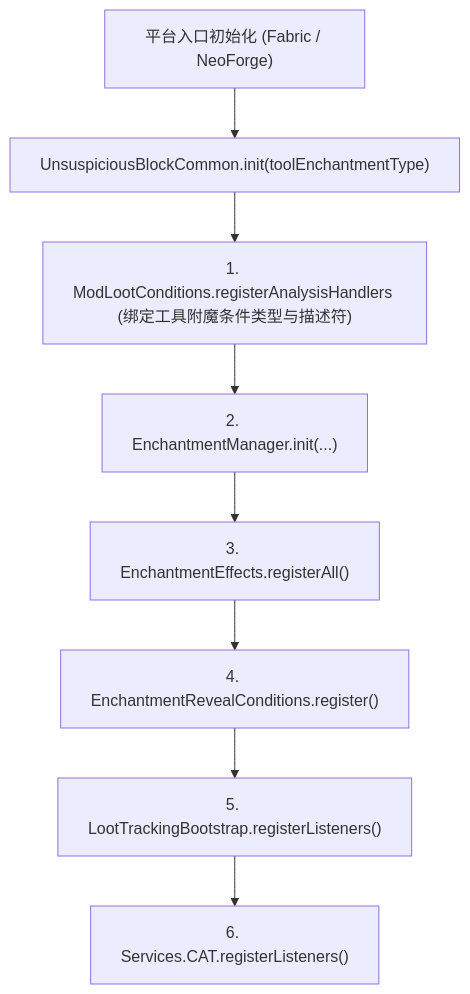
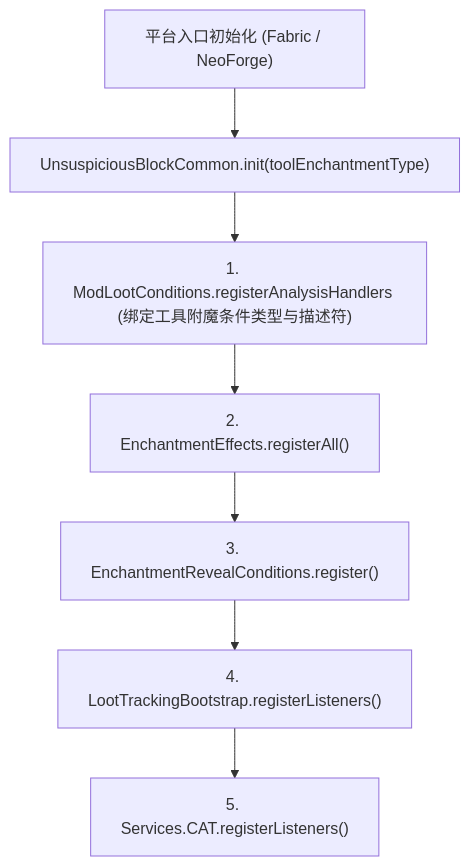
The diagram in docs/dev/foundation/architecture.md (meteoritel/unsuspicious-block), drawn with Mermaid before and after one commit. The commit also changed 64 other files, not shown here.

````diff
--- a/docs/dev/foundation/architecture.md
+++ b/docs/dev/foundation/architecture.md
@@ -69,10 +69,9 @@
 ```mermaid
 flowchart TD
     Entry["平台入口初始化 (Fabric / NeoForge)"] --> Init["UnsuspiciousBlockCommon.init(toolEnchantmentType)"]
     Init --> S1["1. ModLootConditions.registerAnalysisHandlers (绑定工具附魔条件类型与描述符)"]
-    S1 --> S2["2. EnchantmentManager.init(...)"]
-    S2 --> S3["3. EnchantmentEffects.registerAll()"]
-    S3 --> S4["4. EnchantmentRevealConditions.register()"]
-    S4 --> S5["5. LootTrackingBootstrap.registerListeners()"]
-    S5 --> S6["6. Services.CAT.registerListeners()"]
+    S1 --> S2["2. EnchantmentEffects.registerAll()"]
+    S2 --> S3["3. EnchantmentRevealConditions.register()"]
+    S3 --> S4["4. LootTrackingBootstrap.registerListeners()"]
+    S4 --> S5["5. Services.CAT.registerListeners()"]
 ```
````
